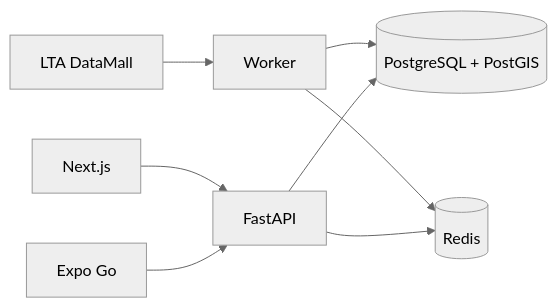
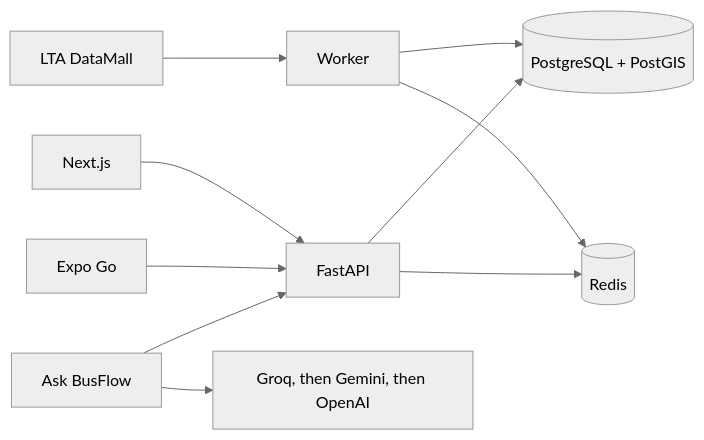
One commit to Gooniez3/SG-BusFlow changed the diagram in README.md. Above: the diagram before and after it, drawn with Mermaid (neutral theme). The commit also changed other lines of this file and 1 other file, not shown here.

First line of the commit message:
docs: feature Ask BusFlow in the README

````diff
--- a/README.md
+++ b/README.md
@@ -88,10 +92,12 @@
 ```mermaid
 flowchart LR
     LTA[LTA DataMall] --> Worker[Worker]
     Worker --> PG[(PostgreSQL + PostGIS)]
     Worker --> Redis[(Redis)]
     API[FastAPI] --> PG
     API --> Redis
     Web[Next.js] --> API
     Expo[Expo Go] --> API
+    Ask[Ask BusFlow] --> API
+    Ask --> LLM[Groq, then Gemini, then OpenAI]
 ```
````
